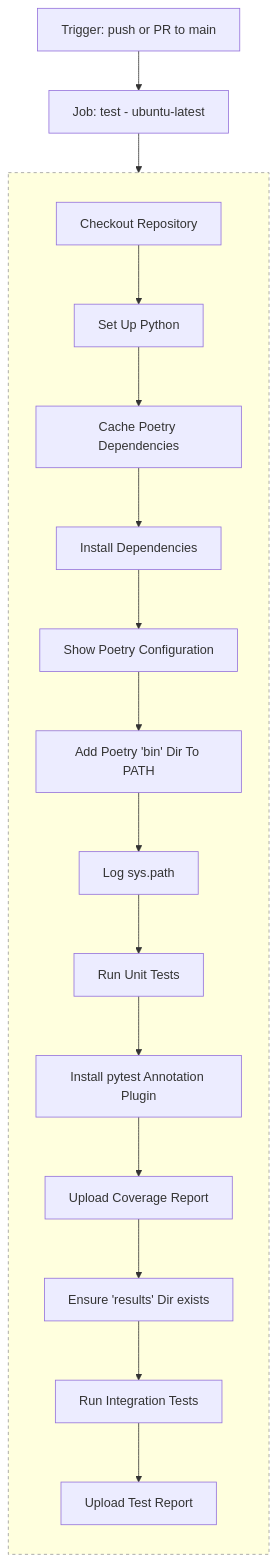
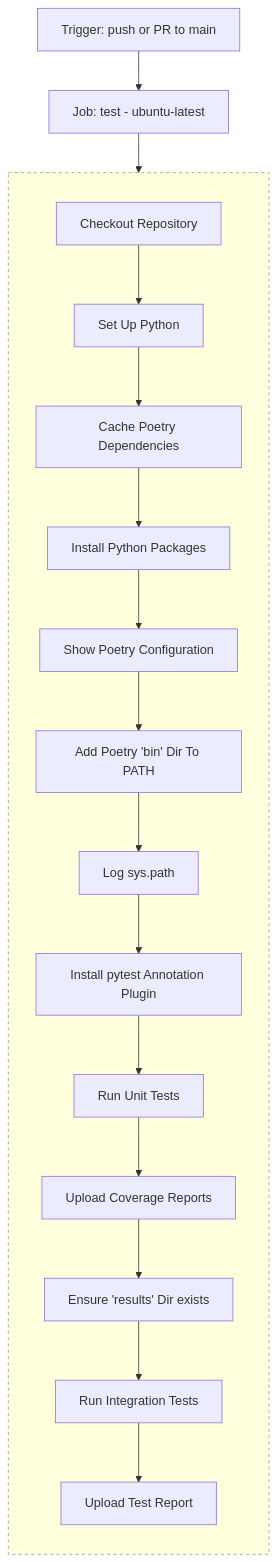
Before and after one commit to MichaelHallik/robotframework-xmlvalidator: the first of 2 diagrams in docs/images/github_actions.md, drawn with Mermaid. The commit also changed other lines of this file and 20 other files, not shown here.

````diff
--- a/docs/images/github_actions.md
+++ b/docs/images/github_actions.md
@@ -3,24 +3,24 @@
 ```mermaid
 flowchart TD
   A[Trigger: push or PR to main] --> B[Job: test - ubuntu-latest]
   B --> C
 
   subgraph StepGroup [ ]
     direction TB
     C[Checkout Repository]
     C --> D[Set Up Python]
     D --> E[Cache Poetry Dependencies]
-    E --> F[Install Dependencies]
+    E --> F[Install Python Packages]
     F --> G[Show Poetry Configuration]
     G --> H[Add Poetry 'bin' Dir To PATH]
     H --> I[Log sys.path]
-    I --> J[Run Unit Tests]
-    J --> K[Install pytest Annotation Plugin]
-    K --> L[Upload Coverage Report]
+    I --> J[Install pytest Annotation Plugin]
+    J --> K[Run Unit Tests]
+    K --> L[Upload Coverage Reports]
     L --> M[Ensure 'results' Dir exists]
     M --> N[Run Integration Tests]
     N --> O[Upload Test Report]
   end
 
   style StepGroup stroke-dasharray: 4 4,stroke:#999
 ```
````
